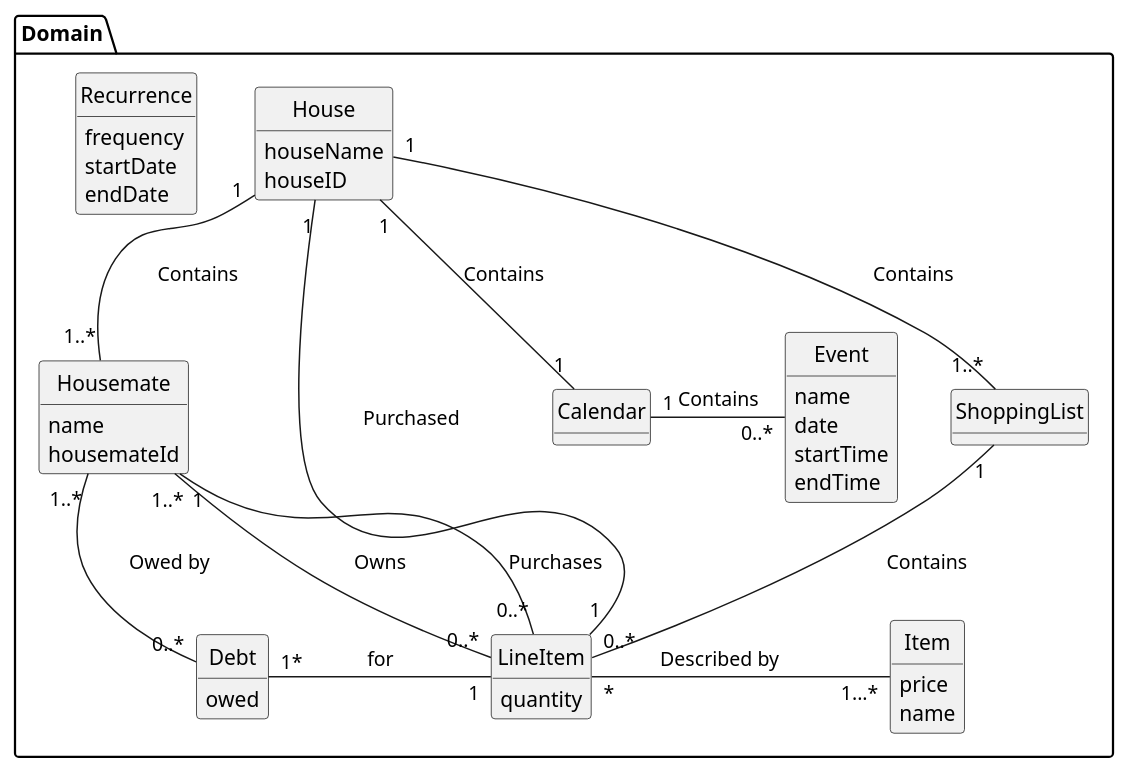
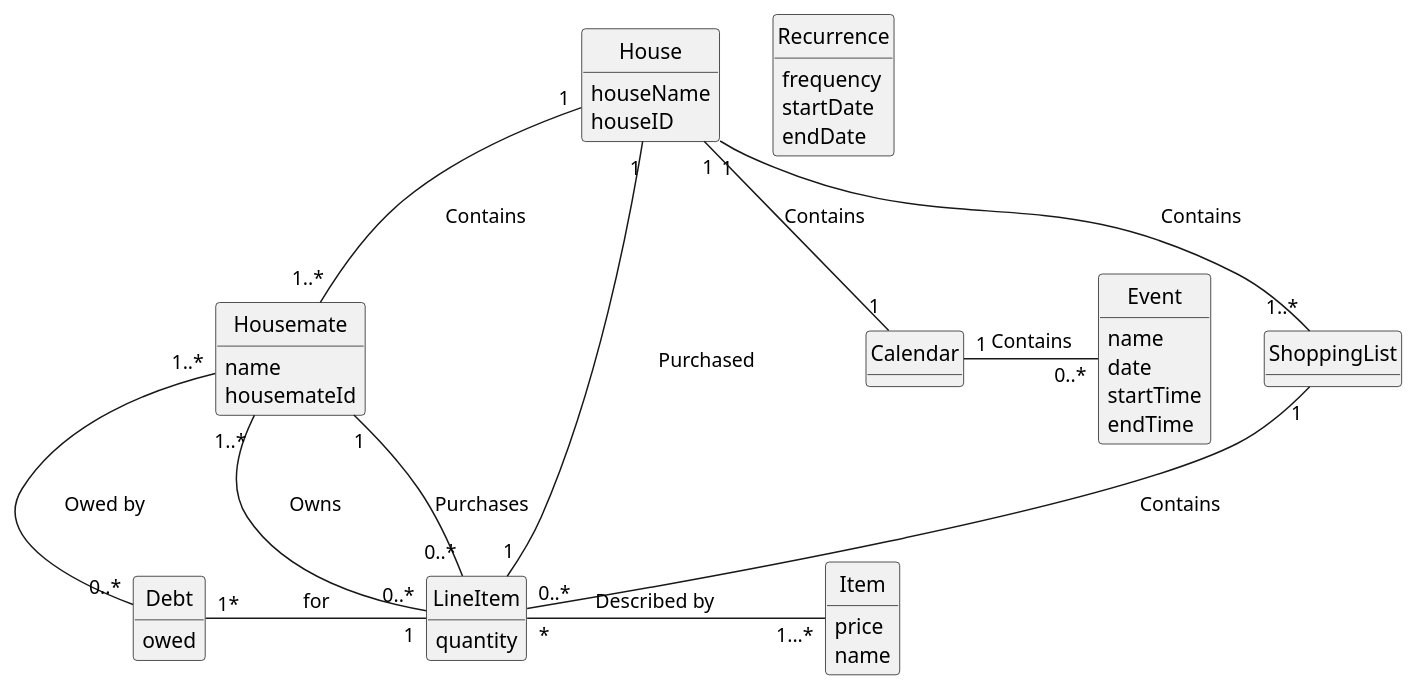
Before and after one commit to willemnielsen/House-App: the first of 15 diagrams in intellij/doc/design.md, drawn with PlantUML. The commit also changed other lines of this file, not shown here.

Commit message:
update class diagrams

````diff
--- a/intellij/doc/design.md
+++ b/intellij/doc/design.md
@@ -2,61 +2,61 @@
 ```plantuml
 @startuml
 hide circle
 hide empty methods
 
-class Domain.House{
+class House{
     houseName
     houseID
 }
-class Domain.ShoppingList{ 
+class ShoppingList{ 
 }
-class Domain.LineItem{
+class LineItem{
     quantity
 }
 
-class Domain.Item{
+class Item{
     price
     name
 }
 
-class Domain.Debt{
+class Debt{
     owed
 }
 
 
-class Domain.Housemate{   
+class Housemate{   
     name
     housemateId
 }
-class Domain.Calendar{
+class Calendar{
 
 }
 
-class Domain.Event{
+class Event{
     name
     date
     startTime
     endTime
 }
 
-class Domain.Recurrence{
+class Recurrence{
     frequency
     startDate
     endDate
 }
 
 ' associations
-Domain.House "1" -- "1..*" Domain.Housemate : \tContains\t\t
-Domain.House "1" -- "1..*" Domain.ShoppingList : \tContains\t\t
-Domain.House "1" -- "1" Domain.LineItem : \tPurchased\t\t
-Domain.House "1" -- "1" Domain.Calendar : Contains
-Domain.Housemate "1..*" - "0..*" Domain.LineItem : \tOwns\t\t
-Domain.ShoppingList "1" -- "0..*" Domain.LineItem : \tContains\t\t
-Domain.LineItem "*" - "1...*" Domain.Item : \tDescribed by \t\t
-Domain.Housemate "1..*" -down- "0..*" Domain.Debt : \tOwed by\t\t
-Domain.Debt "1*" -right- "1" Domain.LineItem : for
-Domain.Housemate "1" - "0..*" Domain.LineItem : Purchases
-Domain.Calendar "1" - "0..*" Domain.Event : Contains
+House "1" -- "1..*" Housemate : \tContains\t\t
+House "1" -- "1..*" ShoppingList : \tContains\t\t
+House "1" -- "1" LineItem : \tPurchased\t\t
+House "1" -- "1" Calendar : Contains
+Housemate "1..*" - "0..*" LineItem : \tOwns\t\t
+ShoppingList "1" -- "0..*" LineItem : \tContains\t\t
+LineItem "*" - "1...*" Item : \tDescribed by \t\t
+Housemate "1..*" -down- "0..*" Debt : \tOwed by\t\t
+Debt "1*" -right- "1" LineItem : for
+Housemate "1" - "0..*" LineItem : Purchases
+Calendar "1" - "0..*" Event : Contains
 
 @enduml
 ```
````
